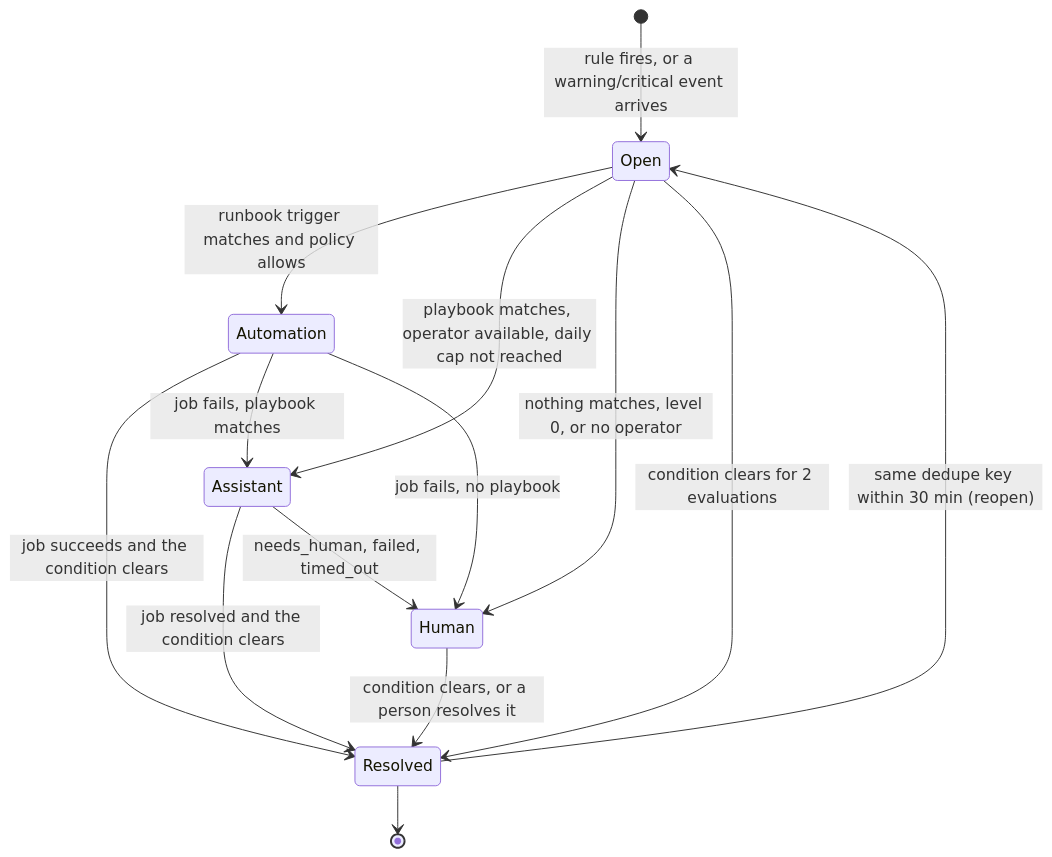
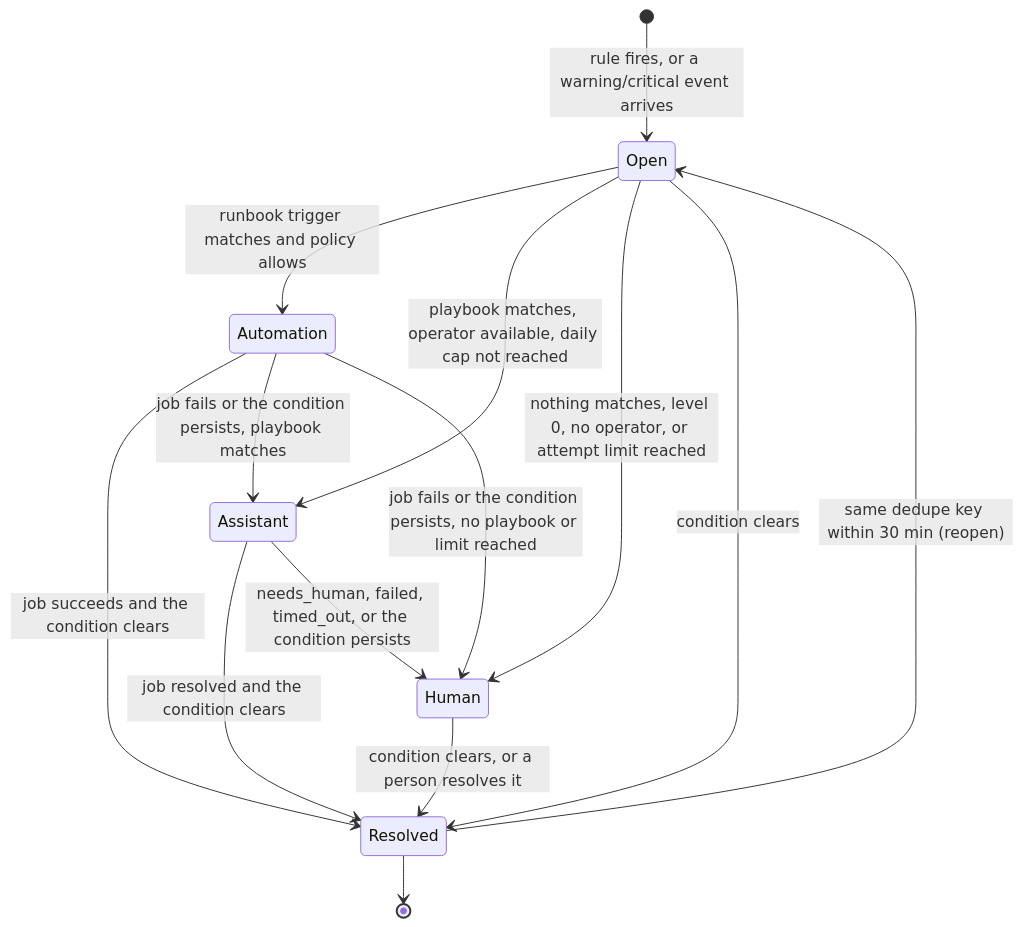
Before and after one commit to StrangeMatterStudio/Rackhand: the fifth of 7 diagrams in docs/designs/0001-architecture/design.md, drawn with Mermaid. The commit also changed other lines of this file, not shown here.

First line of the commit message:
Design 0001: third review revision (monitor level, helper boundary, rule timing, D87 to D104)

````diff
--- a/docs/designs/0001-architecture/design.md
+++ b/docs/designs/0001-architecture/design.md
@@ -908,16 +1102,16 @@
 ```mermaid
 stateDiagram-v2
   [*] --> Open: rule fires, or a warning/critical event arrives
   Open --> Automation: runbook trigger matches and policy allows
   Open --> Assistant: playbook matches, operator available, daily cap not reached
-  Open --> Human: nothing matches, level 0, or no operator
+  Open --> Human: nothing matches, level 0, no operator, or attempt limit reached
   Automation --> Resolved: job succeeds and the condition clears
-  Automation --> Assistant: job fails, playbook matches
-  Automation --> Human: job fails, no playbook
+  Automation --> Assistant: job fails or the condition persists, playbook matches
+  Automation --> Human: job fails or the condition persists, no playbook or limit reached
   Assistant --> Resolved: job resolved and the condition clears
-  Assistant --> Human: needs_human, failed, timed_out
+  Assistant --> Human: needs_human, failed, timed_out, or the condition persists
   Human --> Resolved: condition clears, or a person resolves it
-  Open --> Resolved: condition clears for 2 evaluations
+  Open --> Resolved: condition clears
   Resolved --> Open: same dedupe key within 30 min (reopen)
   Resolved --> [*]
 ```
````
